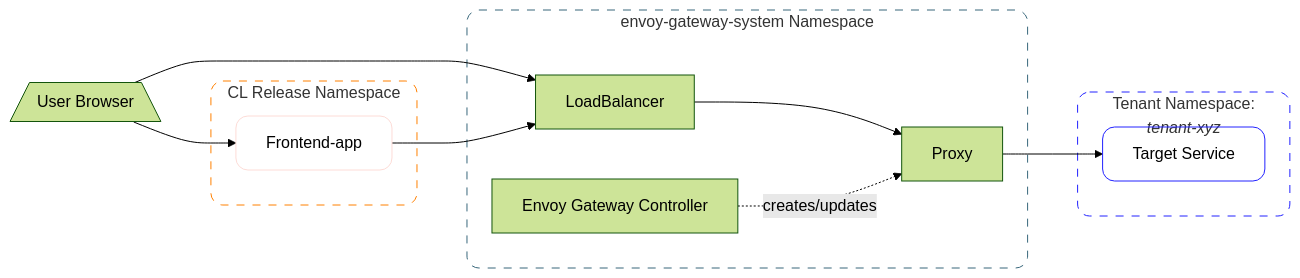
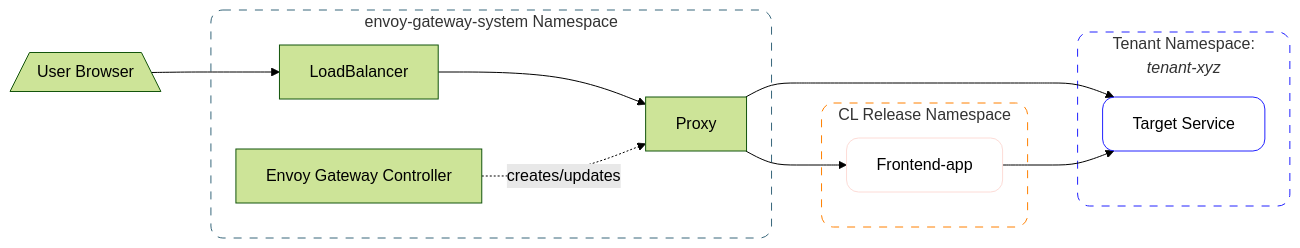
Before and after one commit to netgroup-polito/CrownLabs: the first of 2 diagrams in deploy/crownlabs/docs/gateway-architecture-and-routing.md, drawn with Mermaid (forest theme). The commit also changed other lines of this file, not shown here.

Commit message:
edit gateway graphs

````diff
--- a/deploy/crownlabs/docs/gateway-architecture-and-routing.md
+++ b/deploy/crownlabs/docs/gateway-architecture-and-routing.md
@@ -41,37 +41,37 @@
 ```mermaid
 flowchart LR
 
 User@{shape: trap-b, label: "User Browser"}
 
 subgraph ReleaseNS["CL Release Namespace"]
     FrontendApp["Frontend-app"]:::FrontendStyle
 end
 subgraph EnvoyNS["`envoy-gateway-system Namespace`"]
     LoadBalancer["LoadBalancer"]
     EnvoyGatewayController["Envoy Gateway Controller"]
     Proxy["Proxy"]
 end
 subgraph TenantNS["`Tenant Namespace: 
     _tenant-xyz_`"]
     TargetService["Target Service"]
 end
 
-User --> FrontendApp
 User --> LoadBalancer
-FrontendApp --> LoadBalancer
 LoadBalancer --> Proxy
 Proxy --> TargetService
+Proxy --> FrontendApp
+FrontendApp --> TargetService
 
 EnvoyGatewayController -. creates/updates .-> Proxy
 
 classDef ReleaseNSStyle stroke:#FF8000,rx:12,ry:12,fill:none,stroke-dasharray:8
 classDef EnvoyNSStyle stroke:#38677B,rx:12,ry:12,fill:none,stroke-dasharray:8
 classDef TenantNSStyle stroke:#2222FF,rx:12,ry:12,fill:none,stroke-dasharray:8
 classDef TenantStyle stroke:#2222FF,rx:12,ry:12,fill:none
 classDef FrontendStyle stroke:#FDDCD7,rx:12,ry:12,fill:none
 
 class ReleaseNS ReleaseNSStyle
 class EnvoyNS EnvoyNSStyle
 class TenantNS TenantNSStyle
 class TargetService TenantStyle
 ```
````
